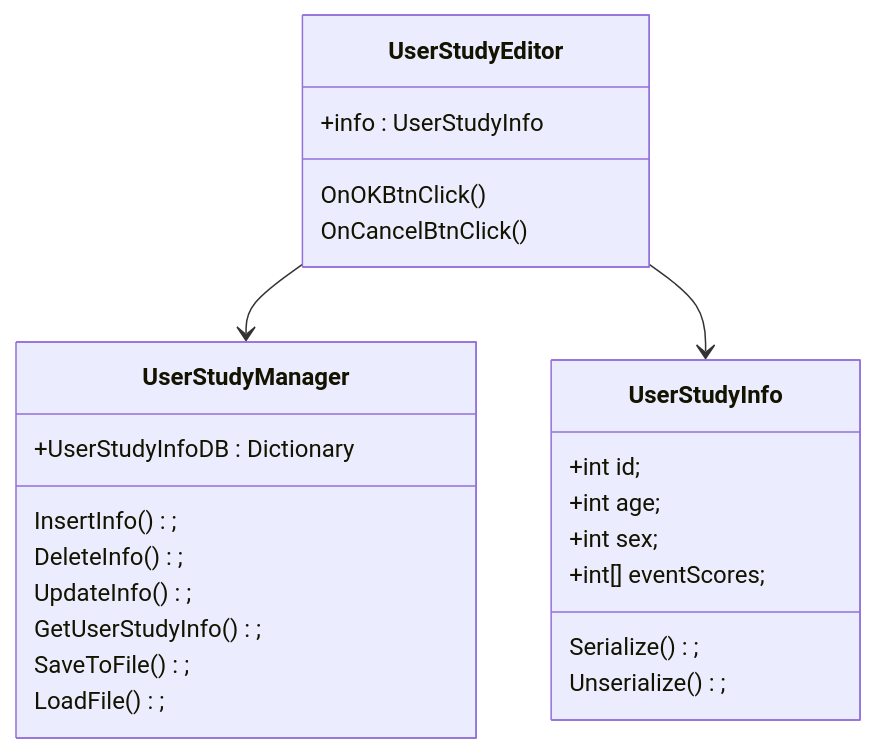
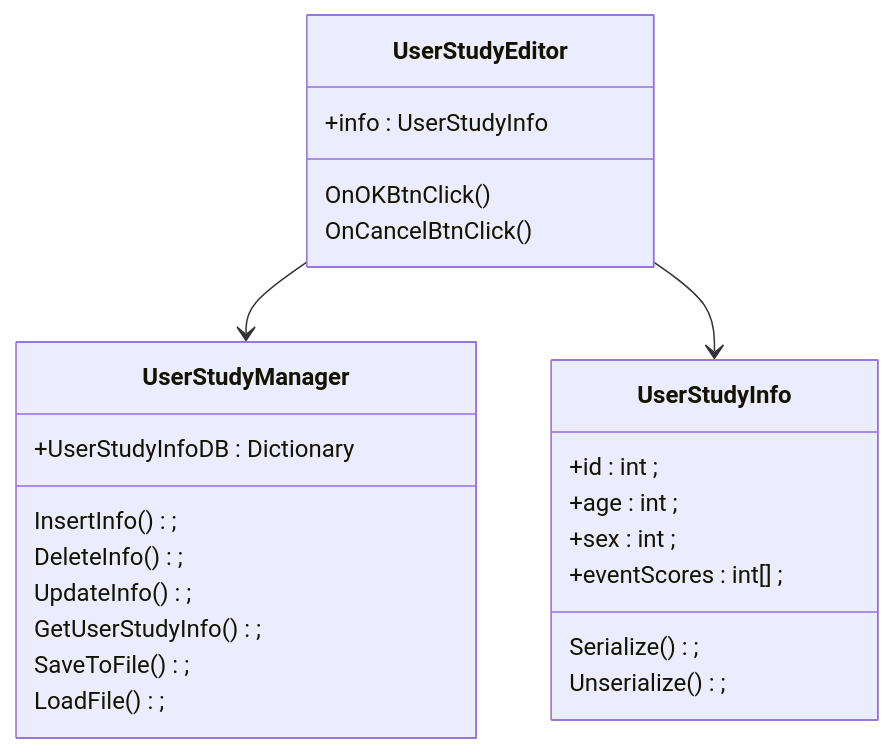
One commit to 888fff/bunkergames changed the sixth of 7 diagrams in ECG_review/中期论文提纲_12_1.md. Above: the diagram before and after it, drawn with Mermaid. The commit also changed other lines of this file and 1 other file, not shown here.

````diff
--- a/ECG_review/中期论文提纲_12_1.md
+++ b/ECG_review/中期论文提纲_12_1.md
@@ -355,27 +404,27 @@
 ```mermaid
 classDiagram
 class UserStudyManager{
 	+UserStudyInfoDB : Dictionary<int,UserStudyInfo>
 	InsertInfo();
 	DeleteInfo();
 	UpdateInfo();
 	GetUserStudyInfo();
 	SaveToFile();
 	LoadFile();
 }
 class UserStudyEditor{
 	+info : UserStudyInfo
 	OnOKBtnClick()
 	OnCancelBtnClick()
 }
 class UserStudyInfo{
-	+int id;
-	+int age;
-	+int sex;
-	+int[] eventScores;
+	+id : int ;
+	+age : int ;
+	+sex : int ;
+	+eventScores : int[] ;
 	Serialize();
 	Unserialize();
 }
 UserStudyEditor --> UserStudyManager
 UserStudyEditor --> UserStudyInfo
 ```
````
